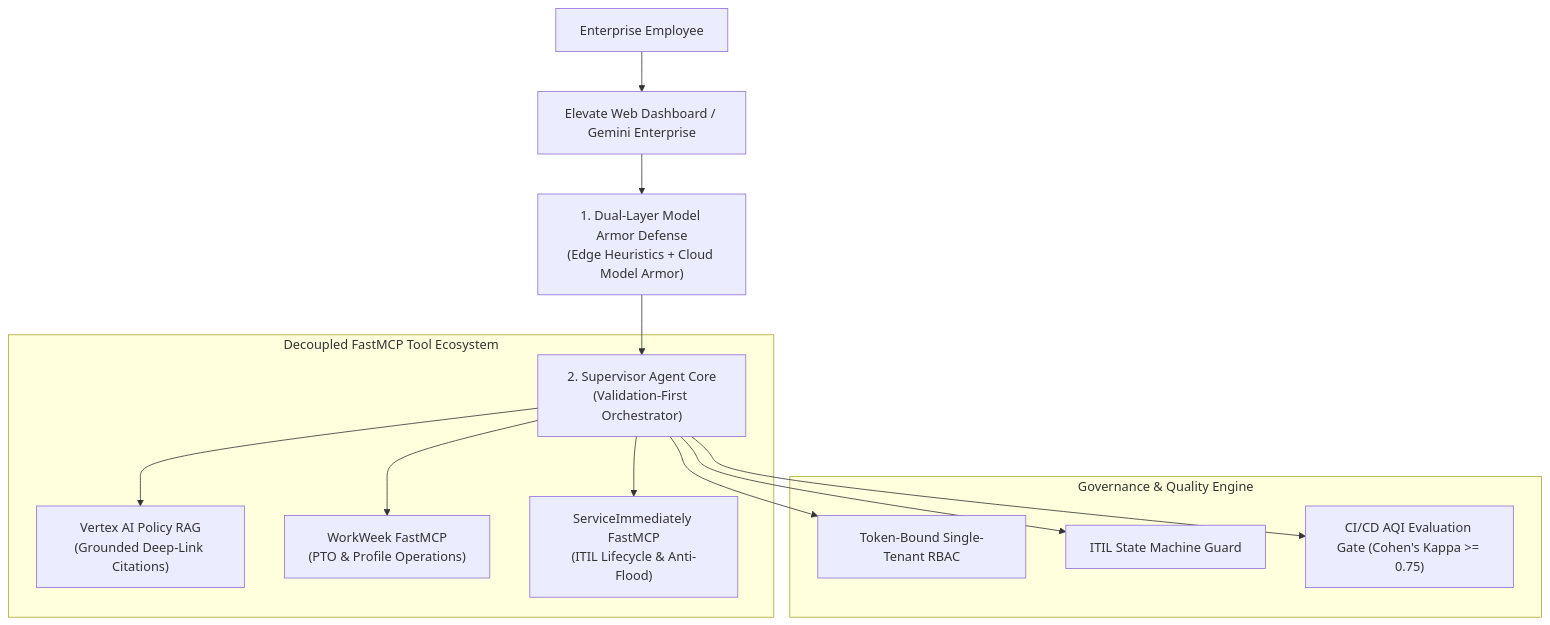
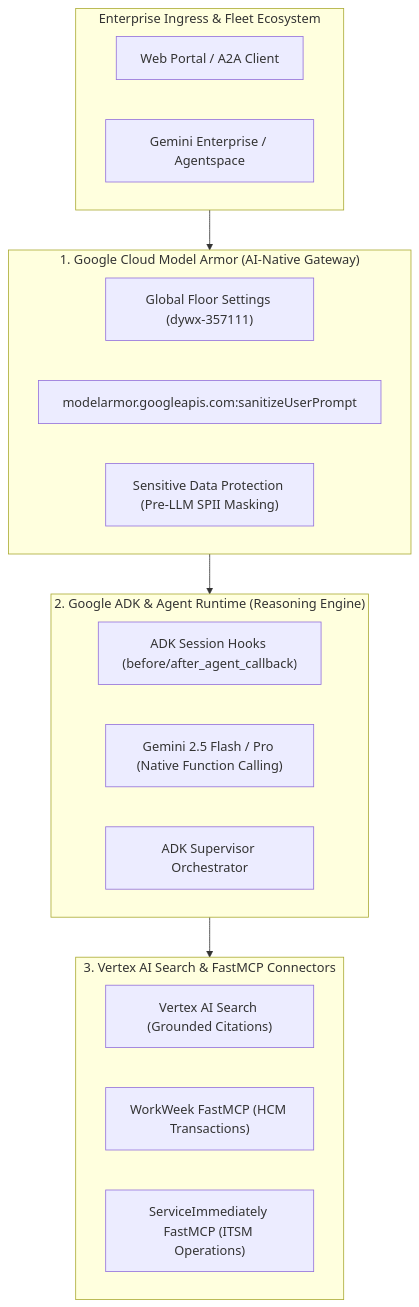
Before and after one commit to welkinwalker/elevate-bj-g4: the diagram in benefit.md, drawn with Mermaid. The commit also changed other lines of this file, not shown here.

Commit message:
docs: add benefit.md detailing Google Architectural Differentiators and Innovations

````diff
--- a/benefit.md
+++ b/benefit.md
@@ -9,18 +13,29 @@
 ```mermaid
-graph TD
-    User["Enterprise Employee"] --> WebUI["Elevate Web Dashboard / Gemini Enterprise"]
-    WebUI --> Layer1["1. Dual-Layer Model Armor Defense<br/>(Edge Heuristics + Cloud Model Armor)"]
-    Layer1 --> Supervisor["2. Supervisor Agent Core<br/>(Validation-First Orchestrator)"]
-    
-    subgraph ToolEcosystem ["Decoupled FastMCP Tool Ecosystem"]
-        Supervisor --> ToolRAG["Vertex AI Policy RAG<br/>(Grounded Deep-Link Citations)"]
-        Supervisor --> ToolHCM["WorkWeek FastMCP<br/>(PTO & Profile Operations)"]
-        Supervisor --> ToolITSM["ServiceImmediately FastMCP<br/>(ITIL Lifecycle & Anti-Flood)"]
+flowchart TD
+    subgraph ClientAndFleet ["Enterprise Ingress & Fleet Ecosystem"]
+        WebUI["Web Portal / A2A Client"]
+        GeminiEnt["Gemini Enterprise / Agentspace"]
     end
 
-    subgraph GovernanceEngine ["Governance & Quality Engine"]
-        Supervisor --> RBAC["Token-Bound Single-Tenant RBAC"]
-        Supervisor --> StateMachine["ITIL State Machine Guard"]
-        Supervisor --> EvalGate["CI/CD AQI Evaluation Gate (Cohen's Kappa >= 0.75)"]
+    subgraph SecurityLayer ["1. Google Cloud Model Armor (AI-Native Gateway)"]
+        FloorSetting["Global Floor Settings (dywx-357111)"]
+        ModelArmorAPI["modelarmor.googleapis.com:sanitizeUserPrompt"]
+        SDP["Sensitive Data Protection (Pre-LLM SPII Masking)"]
     end
+
+    subgraph CoreEngine ["2. Google ADK & Agent Runtime (Reasoning Engine)"]
+        Callbacks["ADK Session Hooks (before/after_agent_callback)"]
+        GeminiLLM["Gemini 2.5 Flash / Pro (Native Function Calling)"]
+        Supervisor["ADK Supervisor Orchestrator"]
+    end
+
+    subgraph GroundingAndTools ["3. Vertex AI Search & FastMCP Connectors"]
+        VertexRAG["Vertex AI Search (Grounded Citations)"]
+        WorkWeekMCP["WorkWeek FastMCP (HCM Transactions)"]
+        ServiceMCP["ServiceImmediately FastMCP (ITSM Operations)"]
+    end
+
+    ClientAndFleet --> SecurityLayer
+    SecurityLayer --> CoreEngine
+    CoreEngine --> GroundingAndTools
 ```
````
